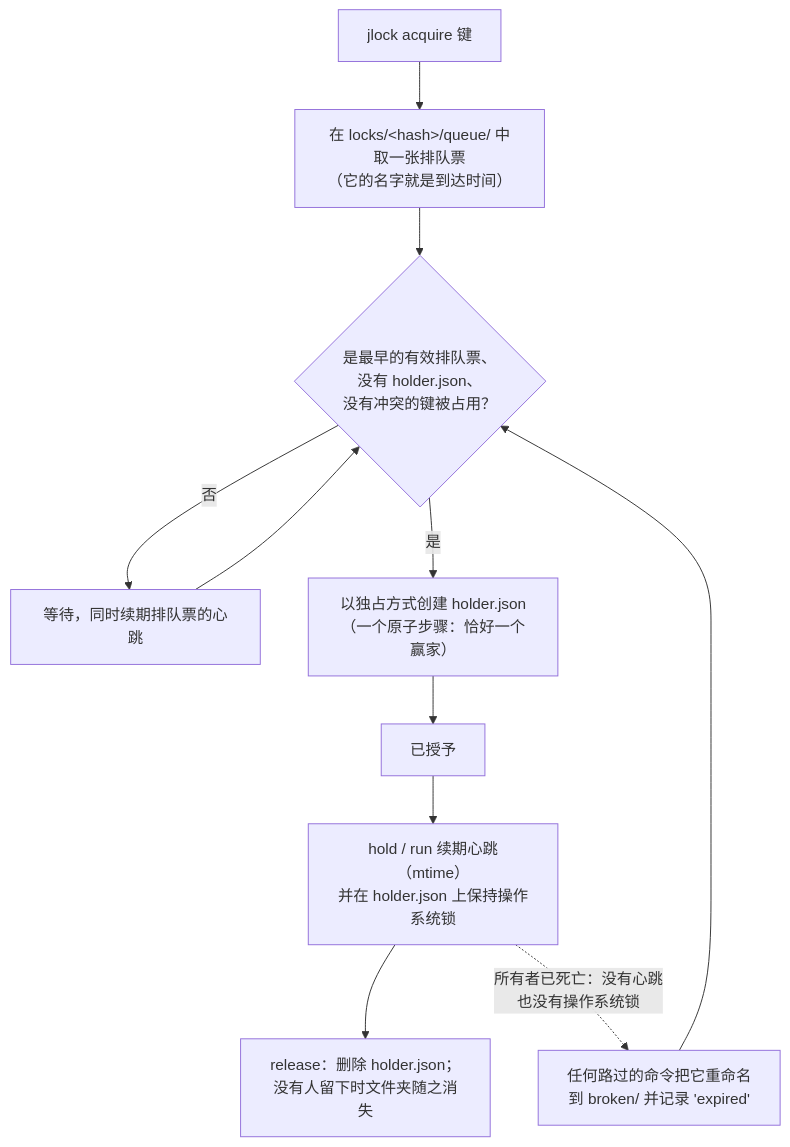
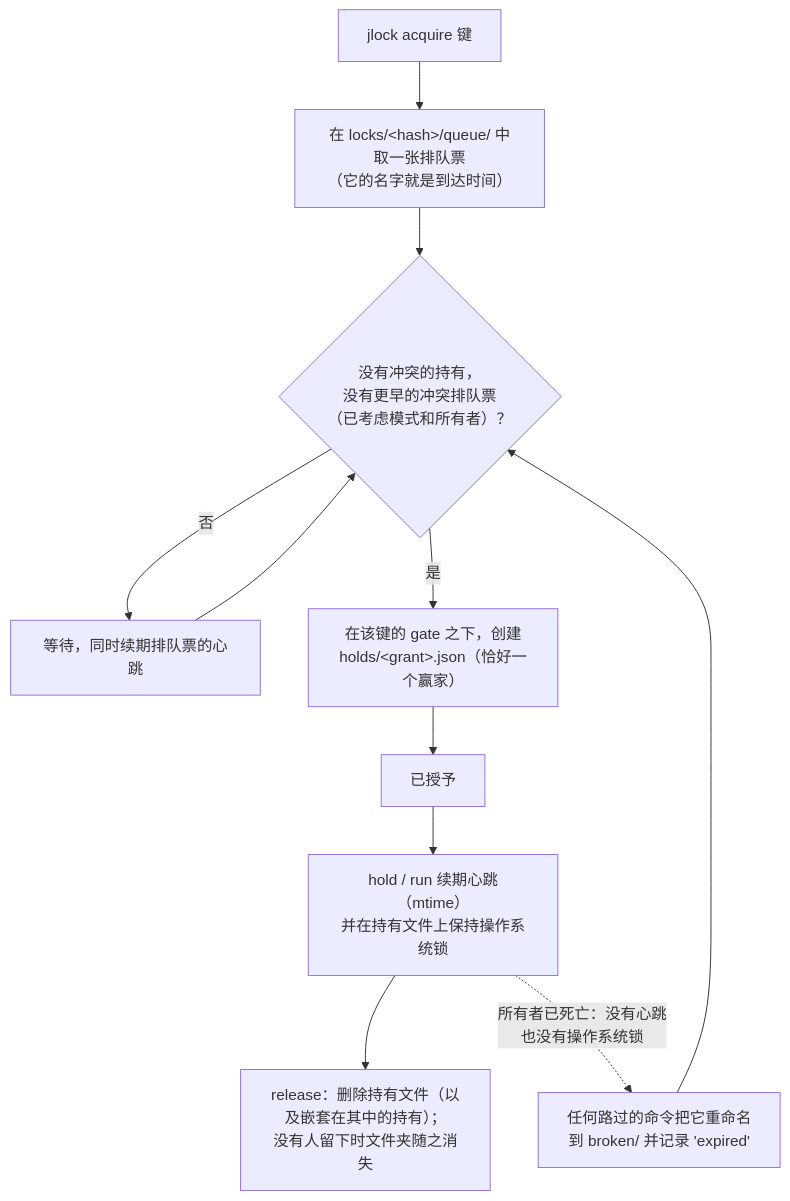
One commit to rodrigojager/jlock changed the diagram in README.zh-CN.md. Above: the diagram before and after it, drawn with Mermaid. The commit also changed other lines of this file and 10 other files, not shown here.

````diff
--- a/README.zh-CN.md
+++ b/README.zh-CN.md
@@ -181,12 +210,12 @@
 ```mermaid
 flowchart TD
     A["jlock acquire 键"] --> B["在 locks/&lt;hash&gt;/queue/ 中取一张排队票<br/>（它的名字就是到达时间）"]
-    B --> C{"是最早的有效排队票、<br/>没有 holder.json、<br/>没有冲突的键被占用？"}
+    B --> C{"没有冲突的持有，<br/>没有更早的冲突排队票<br/>（已考虑模式和所有者）？"}
     C -- 否 --> W["等待，同时续期排队票的心跳"] --> C
-    C -- 是 --> D["以独占方式创建 holder.json<br/>（一个原子步骤：恰好一个赢家）"]
+    C -- 是 --> D["在该键的 gate 之下，创建<br/>holds/&lt;grant&gt;.json（恰好一个赢家）"]
     D --> E["已授予"]
-    E --> H["hold / run 续期心跳（mtime）<br/>并在 holder.json 上保持操作系统锁"]
-    H --> R["release：删除 holder.json；<br/>没有人留下时文件夹随之消失"]
+    E --> H["hold / run 续期心跳（mtime）<br/>并在持有文件上保持操作系统锁"]
+    H --> R["release：删除持有文件（以及嵌套在其中的持有）；<br/>没有人留下时文件夹随之消失"]
     H -. "所有者已死亡：没有心跳<br/>也没有操作系统锁" .-> X["任何路过的命令把它重命名<br/>到 broken/ 并记录 'expired'"]
     X --> C
 ```
````
